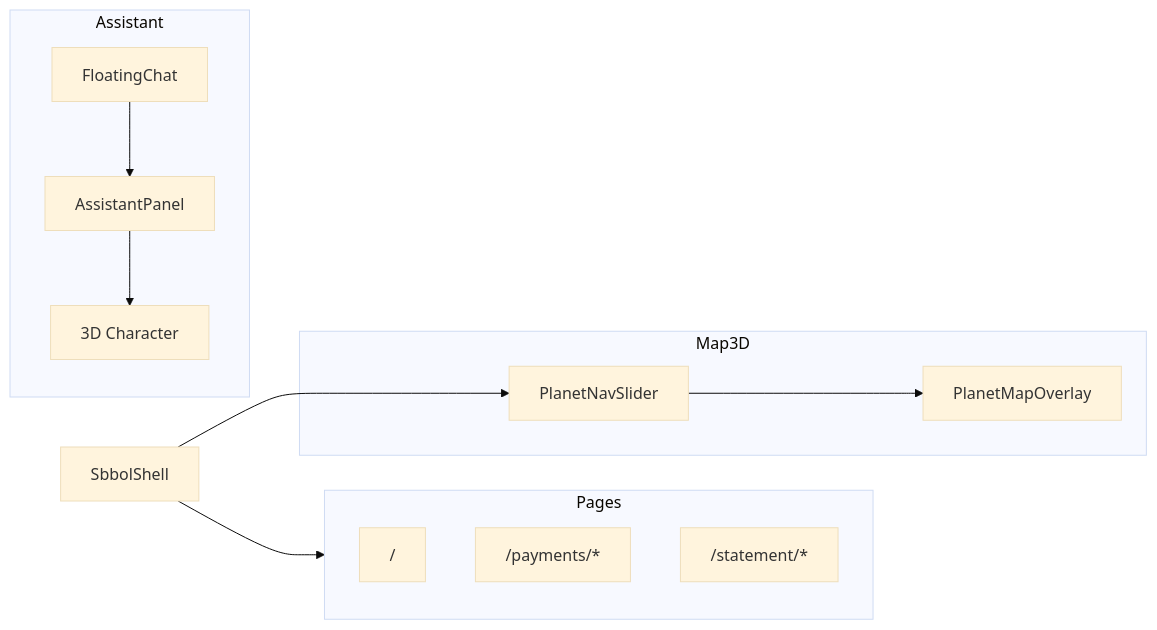
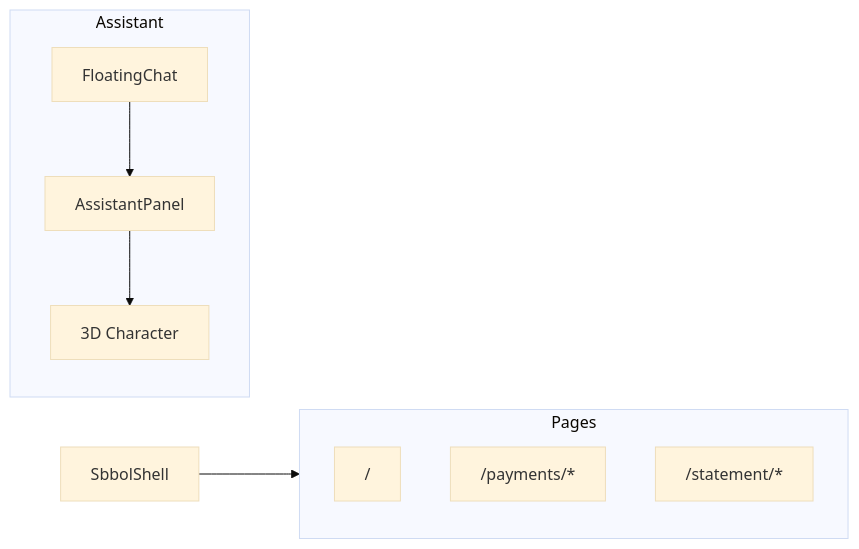
The third of 5 diagrams in docs/ARCHITECTURE.md (grrraaaa/mvp), drawn with Mermaid (base theme) before and after one commit. The commit also changed other lines of this file and 28 other files, not shown here.

````diff
--- a/docs/ARCHITECTURE.md
+++ b/docs/ARCHITECTURE.md
@@ -73,23 +73,17 @@
 ```mermaid
 flowchart LR
     subgraph Pages
         P1["/"]
         P2["/payments/*"]
         P3["/statement/*"]
     end
 
     subgraph Assistant
         FAB[FloatingChat]
         AP[AssistantPanel]
         CHAR[3D Character]
     end
 
-    subgraph Map3D
-        SL[PlanetNavSlider]
-        PO[PlanetMapOverlay]
-    end
-
-    SHELL[SbbolShell] --> Pages & SL
+    SHELL[SbbolShell] --> Pages
     FAB --> AP --> CHAR
-    SL --> PO
 ```
````
